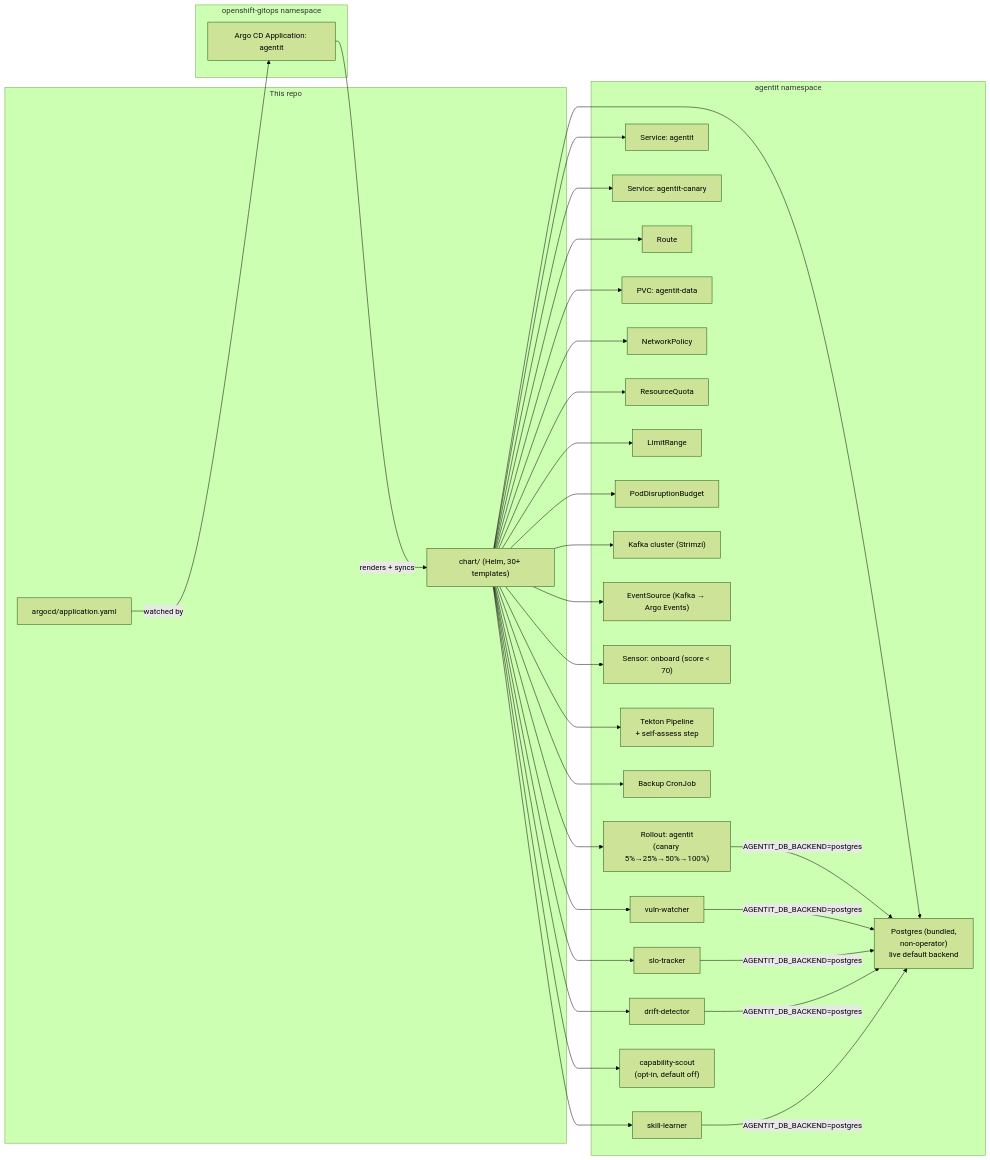
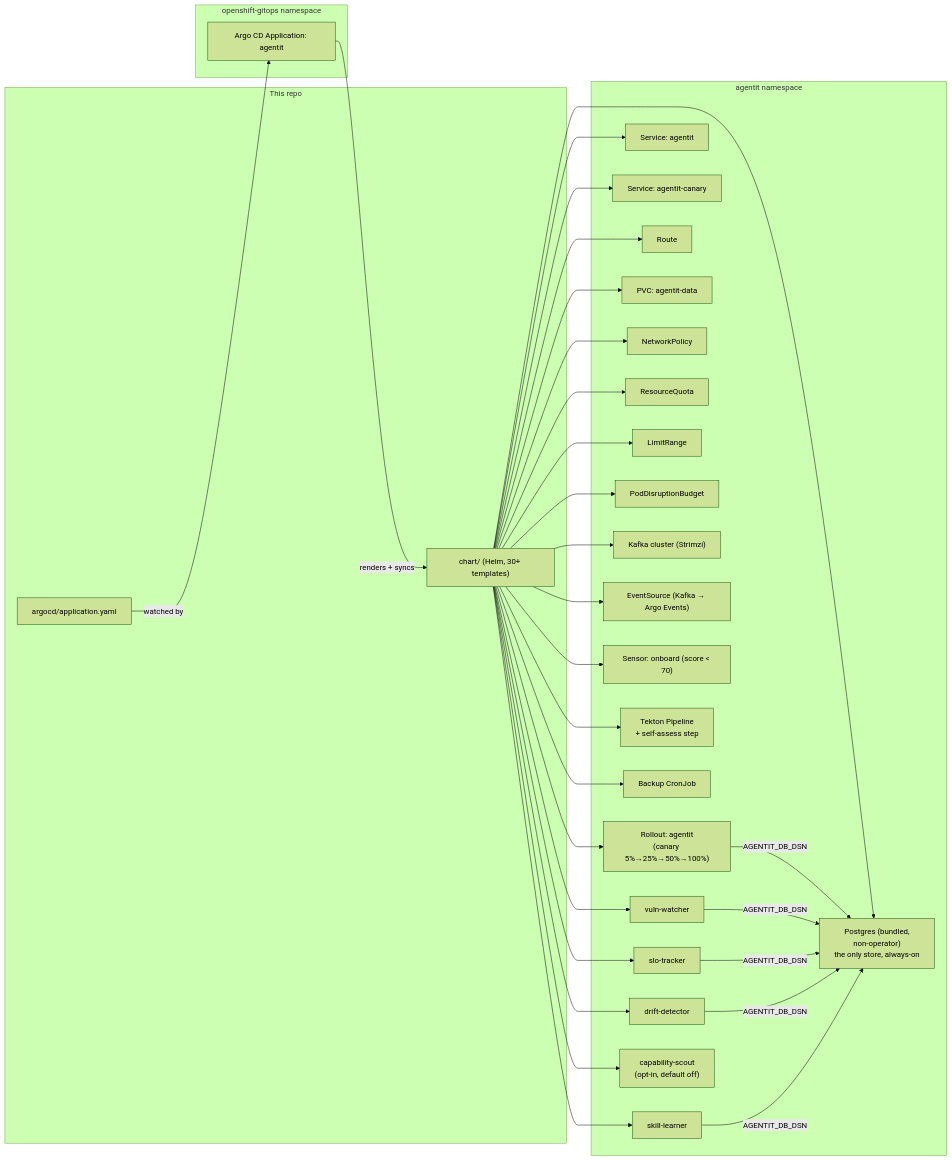
The fourth of 4 diagrams in docs/architecture.md (alimobrem/AgentIT), drawn with Mermaid (forest theme) before and after one commit. The commit also changed other lines of this file and 133 other files, not shown here.

````diff
--- a/docs/architecture.md
+++ b/docs/architecture.md
@@ -350,44 +369,44 @@
 ```mermaid
 graph LR
     subgraph Git["This repo"]
         Chart["chart/ (Helm, 30+ templates)"]
         AppYaml["argocd/application.yaml"]
     end
 
     subgraph GitOps["openshift-gitops namespace"]
         ArgoCD["Argo CD Application: agentit"]
     end
 
     subgraph NS["agentit namespace"]
         Rollout["Rollout: agentit\n(canary 5%→25%→50%→100%)"]
         SvcStable["Service: agentit"]
         SvcCanary["Service: agentit-canary"]
         Route["Route"]
         PVC["PVC: agentit-data"]
         NetPol["NetworkPolicy"]
         Quota["ResourceQuota"]
         LimitRange["LimitRange"]
         PDB["PodDisruptionBudget"]
         KafkaCluster["Kafka cluster (Strimzi)"]
         EventSource["EventSource (Kafka → Argo Events)"]
         SensorOnboard["Sensor: onboard (score < 70)"]
         Pipeline["Tekton Pipeline\n+ self-assess step"]
         BackupCron["Backup CronJob"]
         VulnWatcher["vuln-watcher"]
         SloTracker["slo-tracker"]
         DriftDetector["drift-detector"]
         SkillLearner["skill-learner"]
         CapabilityScout["capability-scout\n(opt-in, default off)"]
-        PgBundled["Postgres (bundled,\nnon-operator)\nlive default backend"]
+        PgBundled["Postgres (bundled,\nnon-operator)\nthe only store, always-on"]
     end
 
     AppYaml -->|"watched by"| ArgoCD
     ArgoCD -->|"renders + syncs"| Chart
     Chart --> Rollout & SvcStable & SvcCanary & Route & PVC
     Chart --> NetPol & Quota & LimitRange & PDB
     Chart --> KafkaCluster & EventSource & SensorOnboard
     Chart --> Pipeline & BackupCron
     Chart --> VulnWatcher & SloTracker & DriftDetector & SkillLearner & CapabilityScout
     Chart --> PgBundled
-    Rollout & VulnWatcher & SloTracker & DriftDetector & SkillLearner -->|"AGENTIT_DB_BACKEND=postgres"| PgBundled
+    Rollout & VulnWatcher & SloTracker & DriftDetector & SkillLearner -->|"AGENTIT_DB_DSN"| PgBundled
 ```
````
